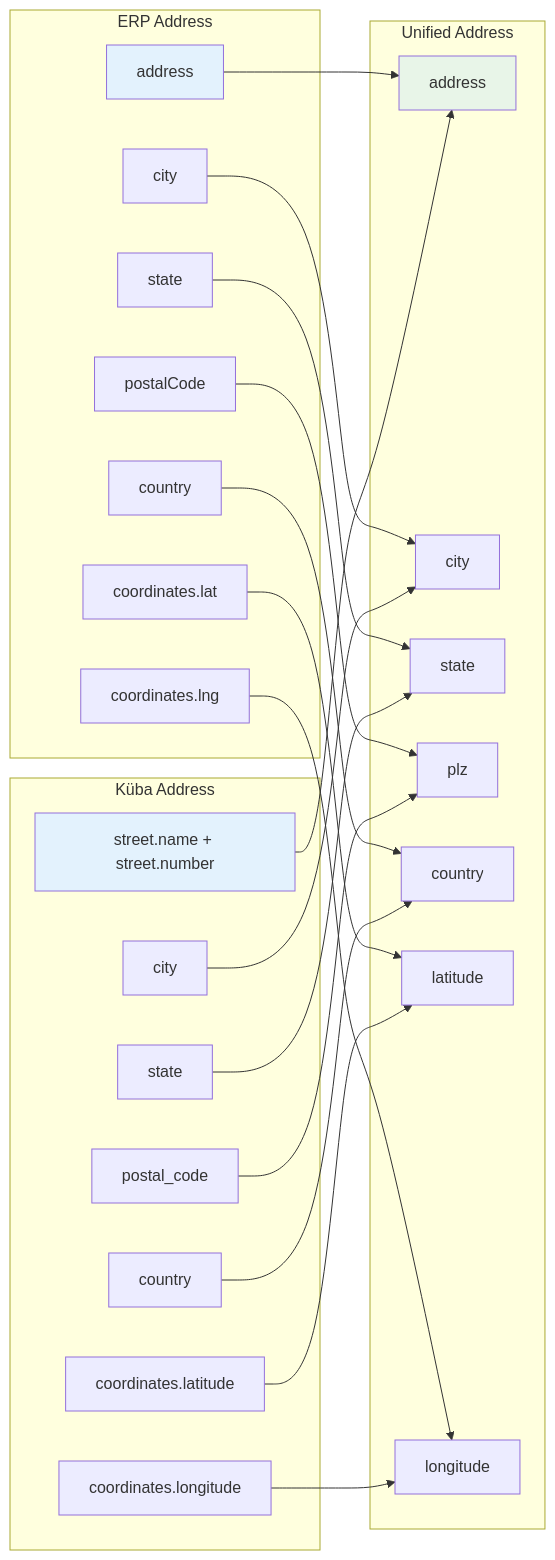
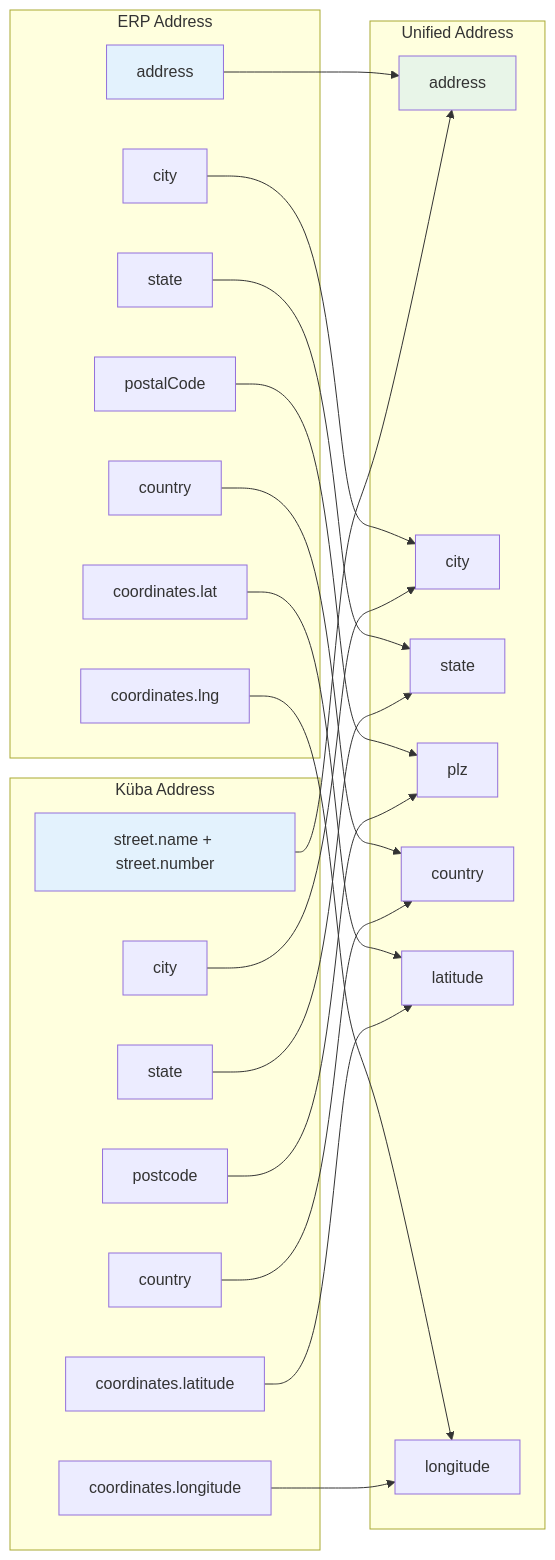
One commit to chrisoco/APDE_BE changed the seventh of 9 diagrams in docs/src/Prospects.md. Above: the diagram before and after it, drawn with Mermaid. The commit also changed other lines of this file and 7 other files, not shown here.

````diff
--- a/docs/src/Prospects.md
+++ b/docs/src/Prospects.md
@@ -275,52 +323,52 @@
 ```mermaid
 graph LR
     subgraph "ERP Address"
         ErpAddr[address]
         ErpCity[city]
         ErpState[state]
         ErpPlz[postalCode]
         ErpCountry[country]
         ErpLat[coordinates.lat]
         ErpLng[coordinates.lng]
     end
     
     subgraph "Küba Address"
         KuebaStreet[street.name + street.number]
         KuebaCity[city]
         KuebaState[state]
-        KuebaPlz[postal_code]
+        KuebaPlz[postcode]
         KuebaCountry[country]
         KuebaLat[coordinates.latitude]
         KuebaLng[coordinates.longitude]
     end
     
     subgraph "Unified Address"
         UnifiedAddr[address]
         UnifiedCity[city]
         UnifiedState[state]
         UnifiedPlz[plz]
         UnifiedCountry[country]
         UnifiedLat[latitude]
         UnifiedLng[longitude]
     end
     
     ErpAddr --> UnifiedAddr
     ErpCity --> UnifiedCity
     ErpState --> UnifiedState
     ErpPlz --> UnifiedPlz
     ErpCountry --> UnifiedCountry
     ErpLat --> UnifiedLat
     ErpLng --> UnifiedLng
     
     KuebaStreet --> UnifiedAddr
     KuebaCity --> UnifiedCity
     KuebaState --> UnifiedState
     KuebaPlz --> UnifiedPlz
     KuebaCountry --> UnifiedCountry
     KuebaLat --> UnifiedLat
     KuebaLng --> UnifiedLng
     
     style ErpAddr fill:#e3f2fd
     style KuebaStreet fill:#e3f2fd
     style UnifiedAddr fill:#e8f5e8
 ```
````
